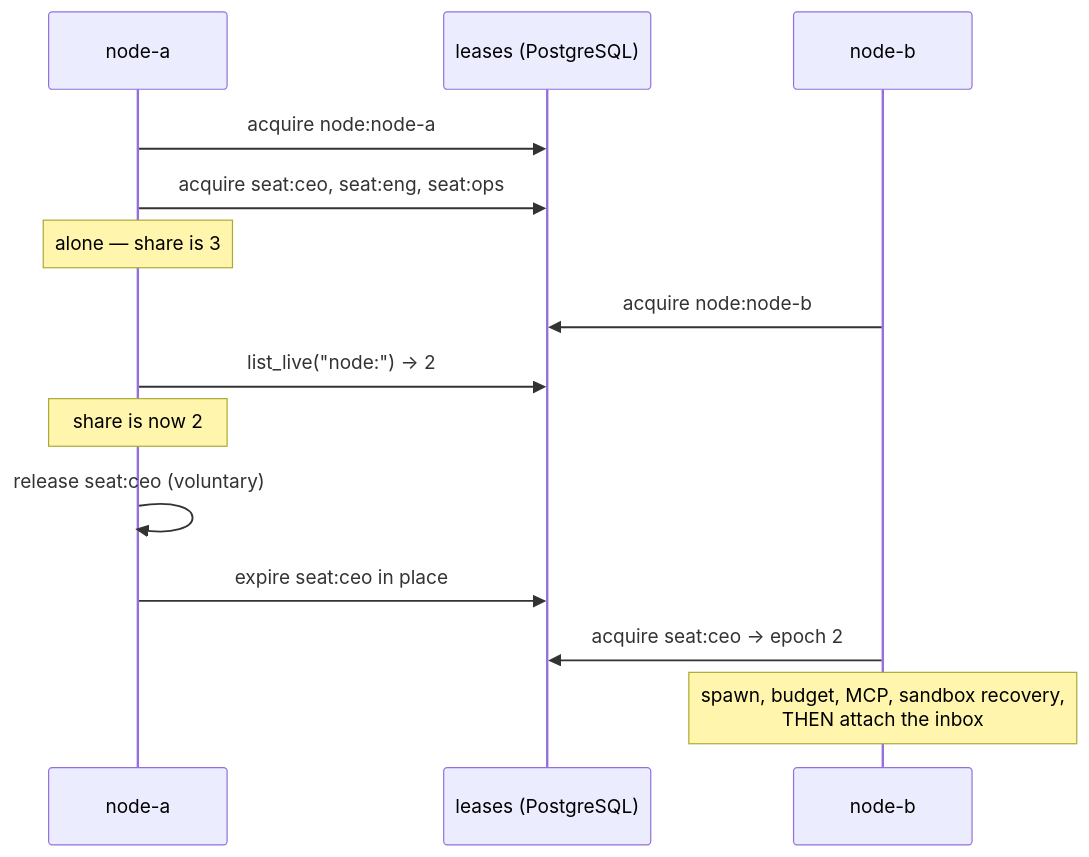
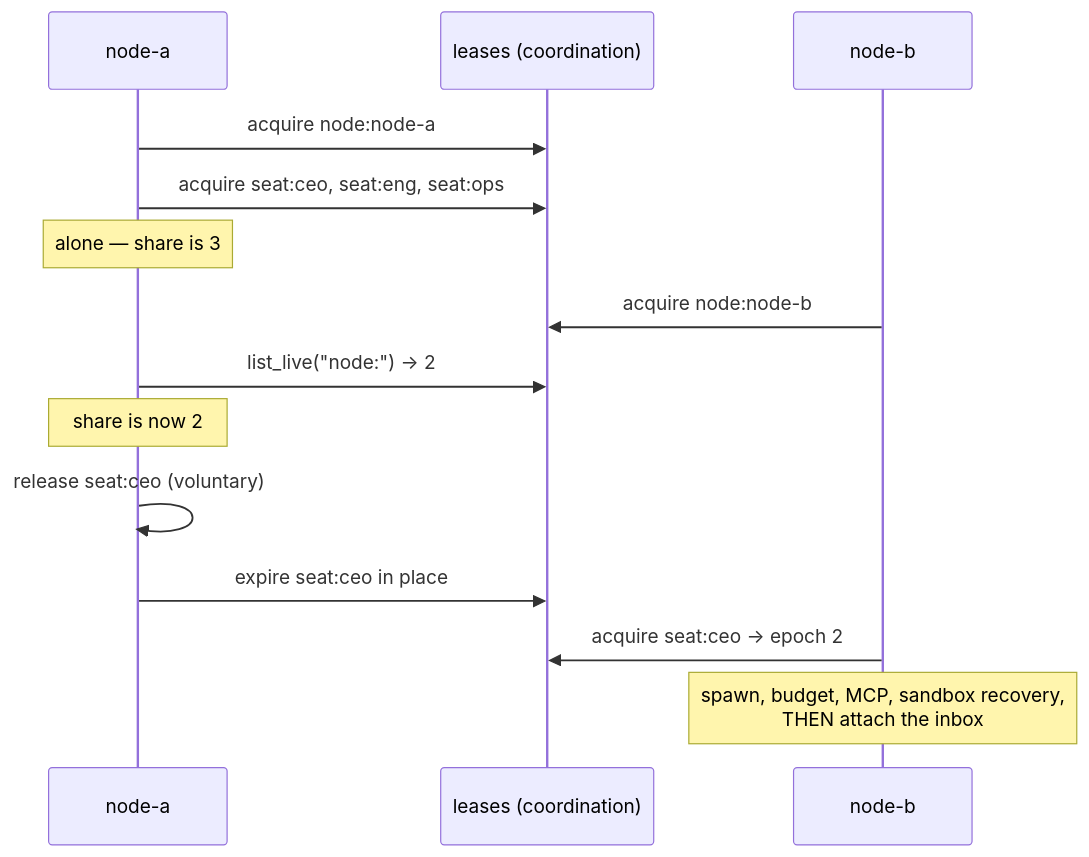
One commit to crewlet/crewlet changed the diagram in docs/concepts/seat-ownership.md. Above: the diagram before and after it, drawn with Mermaid. The commit also changed 17 other files, not shown here.

````diff
--- a/docs/concepts/seat-ownership.md
+++ b/docs/concepts/seat-ownership.md
@@ -43,16 +43,16 @@
 ```mermaid
 sequenceDiagram
     participant A as node-a
-    participant L as leases (PostgreSQL)
+    participant L as leases (coordination)
     participant B as node-b
     A->>L: acquire node:node-a
     A->>L: acquire seat:ceo, seat:eng, seat:ops
     Note over A: alone — share is 3
     B->>L: acquire node:node-b
     A->>L: list_live("node:") → 2
     Note over A: share is now 2
     A->>A: release seat:ceo (voluntary)
     A->>L: expire seat:ceo in place
     B->>L: acquire seat:ceo → epoch 2
     Note over B: spawn, budget, MCP, sandbox recovery,<br/>THEN attach the inbox
 ```
````
